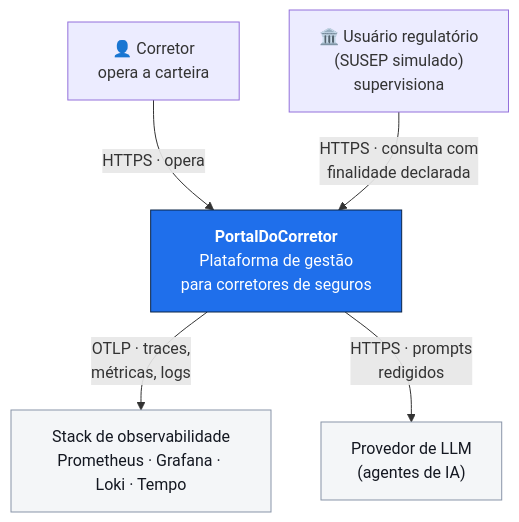
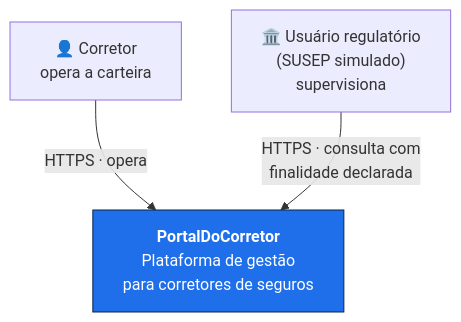
Before and after one commit to volksec/0009098: the second of 5 diagrams in docs/architecture/overview.md, drawn with Mermaid. The commit also changed other lines of this file and 16 other files, not shown here.

First line of the commit message:
docs: remove Security Lab, agentes de IA e observabilidade externa

````diff
--- a/docs/architecture/overview.md
+++ b/docs/architecture/overview.md
@@ -63,20 +63,13 @@
 ```mermaid
 graph TB
     B["👤 Corretor<br/>opera a carteira"]
     R["🏛️ Usuário regulatório<br/>(SUSEP simulado)<br/>supervisiona"]
 
     NB["<b>PortalDoCorretor</b><br/>Plataforma de gestão<br/>para corretores de seguros"]
 
-    OBS["Stack de observabilidade<br/>Prometheus · Grafana · Loki · Tempo"]
-    LLM["Provedor de LLM<br/>(agentes de IA)"]
-
     B -->|"HTTPS · opera"| NB
     R -->|"HTTPS · consulta com<br/>finalidade declarada"| NB
-    NB -->|"OTLP · traces,<br/>métricas, logs"| OBS
-    NB -->|"HTTPS · prompts<br/>redigidos"| LLM
 
     classDef sys fill:#1F6FEB,stroke:#0B2447,color:#fff
-    classDef ext fill:#F4F6F8,stroke:#8894A8,color:#141821
     class NB sys
-    class OBS,LLM ext
 ```
````
